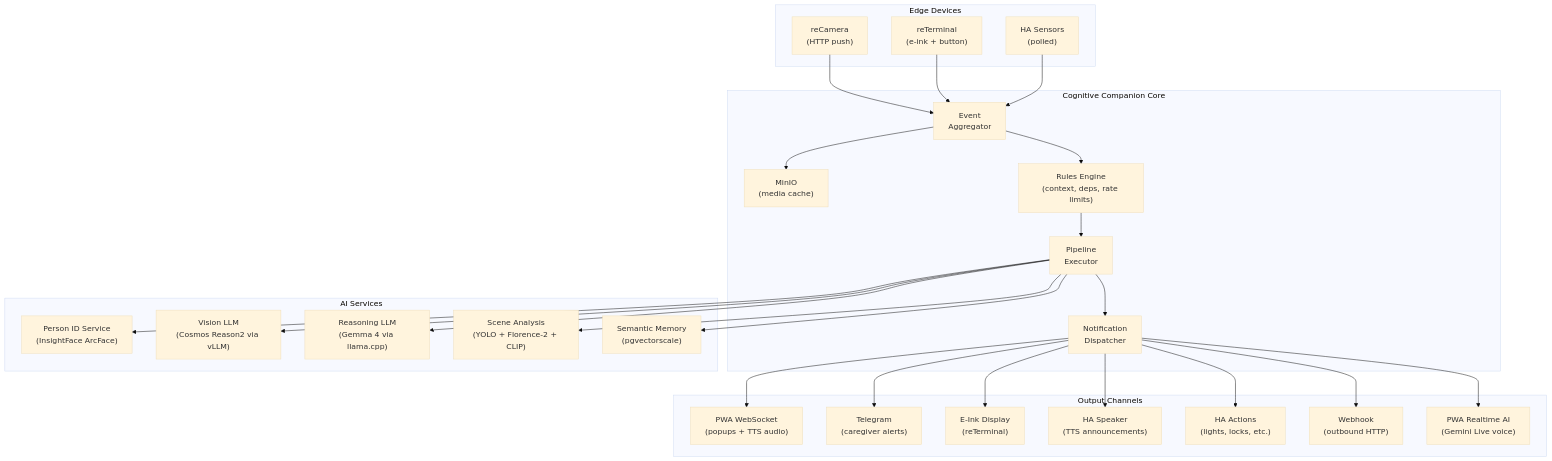
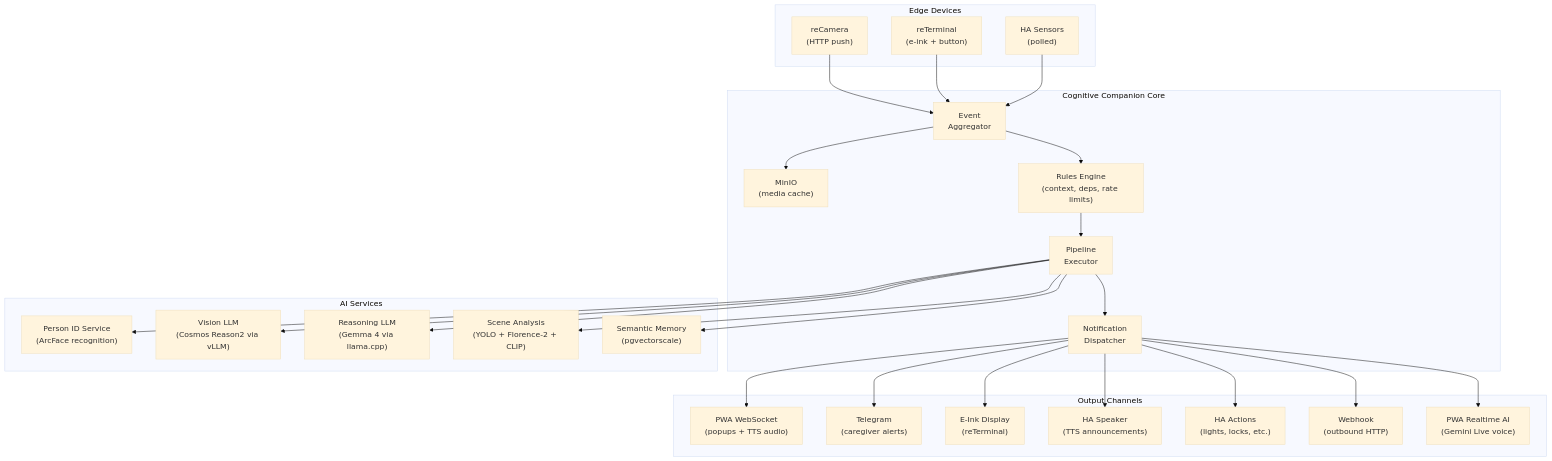
One commit to SilverMind-Project/SilverMind-Project.github.io changed the first of 3 diagrams in docs/guide/architecture.md. Above: the diagram before and after it, drawn with Mermaid (base theme). The commit also changed other lines of this file and 7 other files, not shown here.

````diff
--- a/docs/guide/architecture.md
+++ b/docs/guide/architecture.md
@@ -7,56 +7,56 @@
 ```mermaid
 flowchart TB
     subgraph Edge["Edge Devices"]
         reCamera["reCamera<br/>(HTTP push)"]
         reTerminal["reTerminal<br/>(e-ink + button)"]
         HA["HA Sensors<br/>(polled)"]
     end
 
     subgraph Core["Cognitive Companion Core"]
         Aggregator["Event<br/>Aggregator"]
         MinIO["MinIO<br/>(media cache)"]
         RulesEngine["Rules Engine<br/>(context, deps, rate limits)"]
         Executor["Pipeline<br/>Executor"]
         Dispatcher["Notification<br/>Dispatcher"]
     end
 
     subgraph AI["AI Services"]
-        PersonID["Person ID Service<br/>(InsightFace ArcFace)"]
+        PersonID["Person ID Service<br/>(ArcFace recognition)"]
         VisionLLM["Vision LLM<br/>(Cosmos Reason2 via vLLM)"]
         LogicLLM["Reasoning LLM<br/>(Gemma 4 via llama.cpp)"]
         SceneAnalysis["Scene Analysis<br/>(YOLO + Florence-2 + CLIP)"]
         SemanticMemory["Semantic Memory<br/>(pgvectorscale)"]
     end
 
     subgraph Outputs["Output Channels"]
         WebSocket["PWA WebSocket<br/>(popups + TTS audio)"]
         Telegram["Telegram<br/>(caregiver alerts)"]
         EInk["E-Ink Display<br/>(reTerminal)"]
         HASpeaker["HA Speaker<br/>(TTS announcements)"]
         HAAction["HA Actions<br/>(lights, locks, etc.)"]
         Webhook["Webhook<br/>(outbound HTTP)"]
         Voice["PWA Realtime AI<br/>(Gemini Live voice)"]
     end
 
     reCamera --> Aggregator
     reTerminal --> Aggregator
     HA --> Aggregator
     Aggregator --> MinIO
 
     Aggregator --> RulesEngine
     RulesEngine --> Executor
     Executor --> PersonID
     Executor --> VisionLLM
     Executor --> LogicLLM
     Executor --> SceneAnalysis
     Executor --> SemanticMemory
 
     Executor --> Dispatcher
     Dispatcher --> WebSocket
     Dispatcher --> Telegram
     Dispatcher --> EInk
     Dispatcher --> HASpeaker
     Dispatcher --> HAAction
     Dispatcher --> Webhook
     Dispatcher --> Voice
 ```
````
